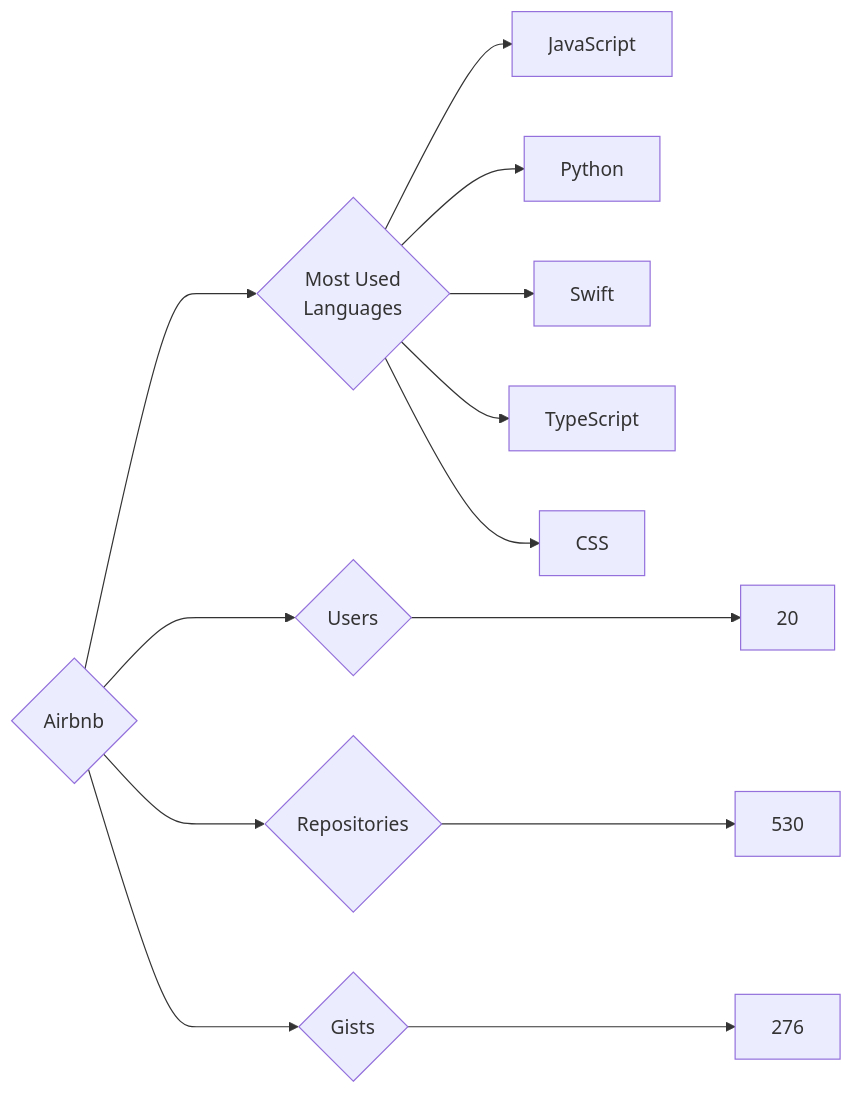
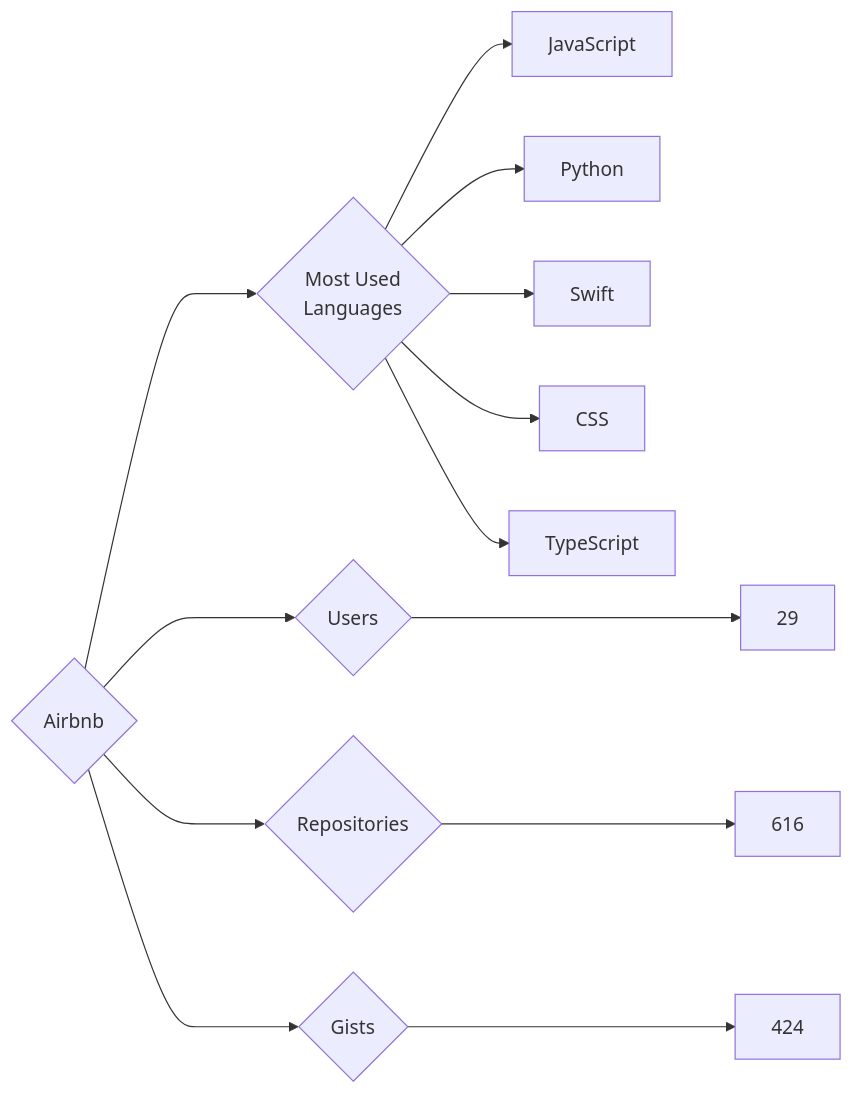
The diagram in targets/Airbnb/README.md (trickest/insiders), drawn with Mermaid before and after one commit. The commit also changed 611 other files, not shown here.

````diff
--- a/targets/Airbnb/README.md
+++ b/targets/Airbnb/README.md
@@ -3,13 +3,13 @@
 ```mermaid
 graph LR
 COMPANY_NAME{Airbnb}
-COMPANY_NAME ---> U{Users} ---> UN[20]
-COMPANY_NAME ---> R{Repositories} ---> RN[530]
-COMPANY_NAME ---> G{Gists} ---> GN[276]
+COMPANY_NAME ---> U{Users} ---> UN[29]
+COMPANY_NAME ---> R{Repositories} ---> RN[616]
+COMPANY_NAME ---> G{Gists} ---> GN[424]
 COMPANY_NAME ---> ML{Most Used<br>Languages}
 ML --> JavaScript[JavaScript]
 ML --> Python[Python]
 ML --> Swift[Swift]
+ML --> CSS[CSS]
 ML --> TypeScript[TypeScript]
-ML --> CSS[CSS]
 ```
````
